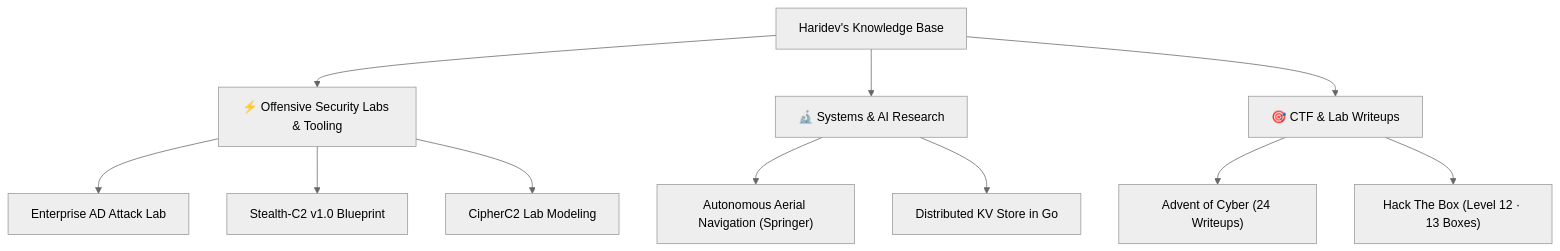
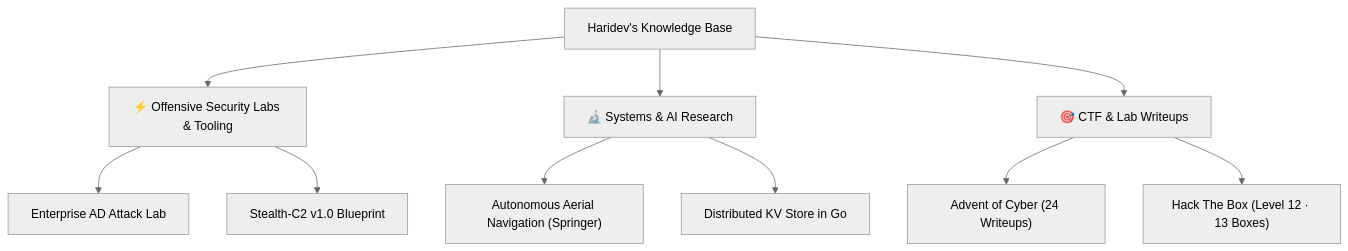
One commit to haridevp/haridevp.github.io changed the diagram in src/gitbook/README.md. Above: the diagram before and after it, drawn with Mermaid (neutral theme). The commit also changed other lines of this file and 5 other files, not shown here.

````diff
--- a/src/gitbook/README.md
+++ b/src/gitbook/README.md
@@ -30,16 +30,15 @@
 ```mermaid
 graph TD
     Root["Haridev's Knowledge Base"] --> Labs["⚡ Offensive Security Labs & Tooling"]
     Root --> Systems["🔬 Systems & AI Research"]
     Root --> Writeups["🎯 CTF & Lab Writeups"]
 
     Labs --> AD["Enterprise AD Attack Lab"]
     Labs --> C2_S["Stealth-C2 v1.0 Blueprint"]
-    Labs --> C2_C["CipherC2 Lab Modeling"]
 
     Systems --> RES_AERO["Autonomous Aerial Navigation (Springer)"]
     Systems --> RES_KV["Distributed KV Store in Go"]
 
     Writeups --> AOC["Advent of Cyber (24 Writeups)"]
     Writeups --> HTB["Hack The Box (Level 12 · 13 Boxes)"]
 ```
````
